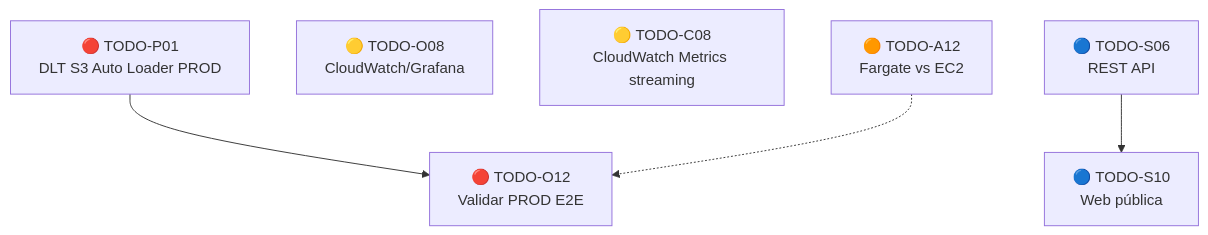
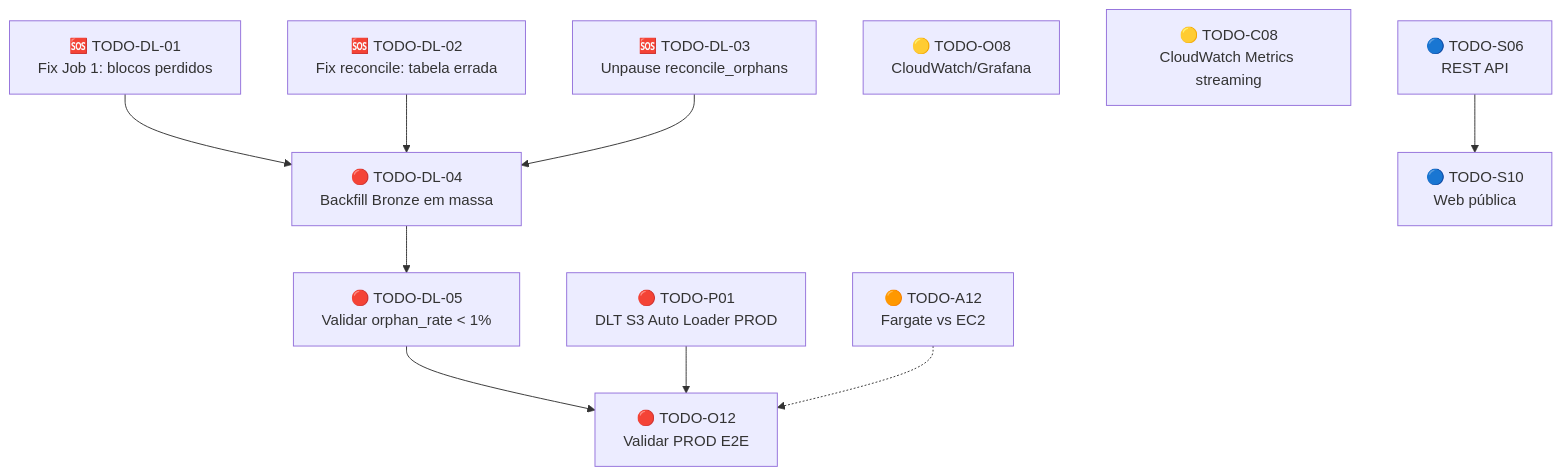
One commit to marcoaureliomenezes/dd_chain_explorer changed the diagram in docs/ROADMAP.md. Above: the diagram before and after it, drawn with Mermaid. The commit also changed other lines of this file and 4 other files, not shown here.

First line of the commit message:
fix(stream+batch): correção crítica de perda de blocos e reconciliação de orphans

````diff
--- a/docs/ROADMAP.md
+++ b/docs/ROADMAP.md
@@ -142,8 +160,13 @@
 ```mermaid
 flowchart TD
-    P01["🔴 TODO-P01<br/>DLT S3 Auto Loader PROD"] --> O12["🔴 TODO-O12<br/>Validar PROD E2E"]
+    DL01["🆘 TODO-DL-01<br/>Fix Job 1: blocos perdidos"] --> DL04["🔴 TODO-DL-04<br/>Backfill Bronze em massa"]
+    DL02["🆘 TODO-DL-02<br/>Fix reconcile: tabela errada"] --> DL04
+    DL03["🆘 TODO-DL-03<br/>Unpause reconcile_orphans"] --> DL04
+    DL04 --> DL05["🔴 TODO-DL-05<br/>Validar orphan_rate < 1%"]
+    DL05 --> O12["🔴 TODO-O12<br/>Validar PROD E2E"]
+    P01["🔴 TODO-P01<br/>DLT S3 Auto Loader PROD"] --> O12
     O08["🟡 TODO-O08<br/>CloudWatch/Grafana"]
     C08["🟡 TODO-C08<br/>CloudWatch Metrics streaming"]
     A12["🟠 TODO-A12<br/>Fargate vs EC2"] -.-> O12
     S06["🔵 TODO-S06<br/>REST API"] --> S10["🔵 TODO-S10<br/>Web pública"]
 ```
````
